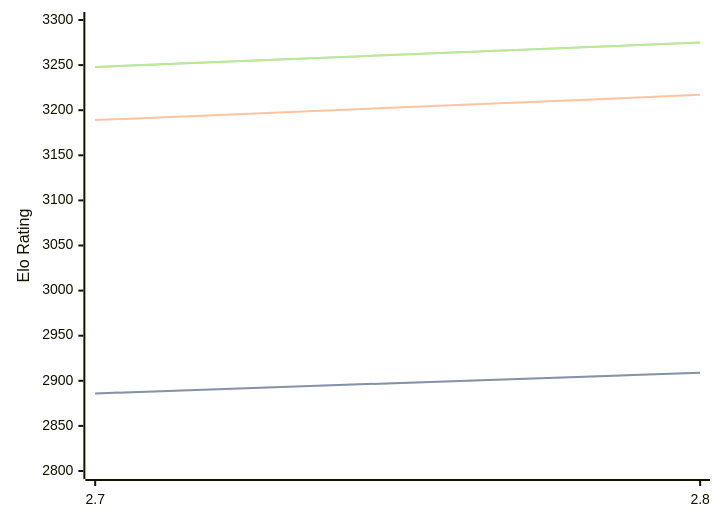
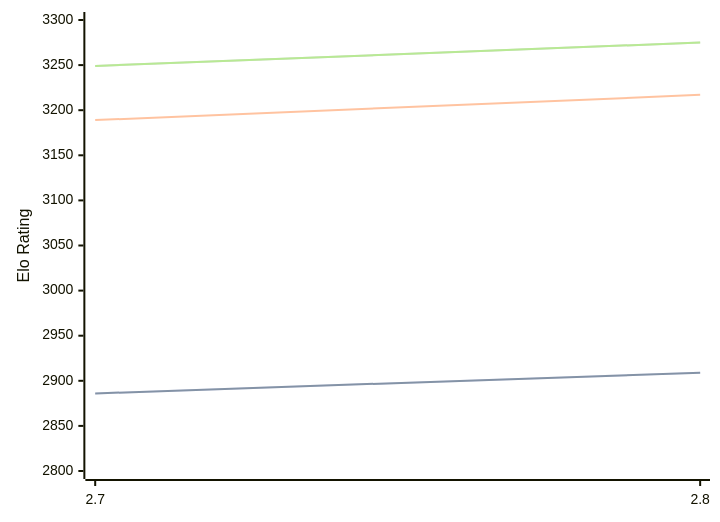
One commit to computer-chess-index/cci changed the third of 3 diagrams in engines/Arcanum.md. Above: the diagram before and after it, drawn with Mermaid. The commit also changed other lines of this file, not shown here.

Commit message:
Update CCI Ratings (ELO VLTC) - 2026-06-24

````diff
--- a/engines/Arcanum.md
+++ b/engines/Arcanum.md
@@ -77,11 +77,11 @@
 ```mermaid
 %%{init: {"theme":"base","themeVariables":{"seriesColors:['#a3a3a3','#222221','#faa371']}}}%%
 xychart-beta
   x-axis ["2.7", "2.8"]
   y-axis "Elo Rating" 2800 --> 3300
   line "STC (8.0+0.08s)" [2886, 2909]
   line "STC (8.0+0.08s)" [2886, 2909]
   line "LTC (60.0+0.60s)" [3189, 3217]
-  line "VLTC (2m24s+1.12s)" [3248, 3275]
-  line "VLTC (2m24s+1.12s)" [3248, 3275]
+  line "VLTC (2m24s+1.12s)" [3249, 3275]
+  line "VLTC (2m24s+1.12s)" [3249, 3275]
 ```
````
